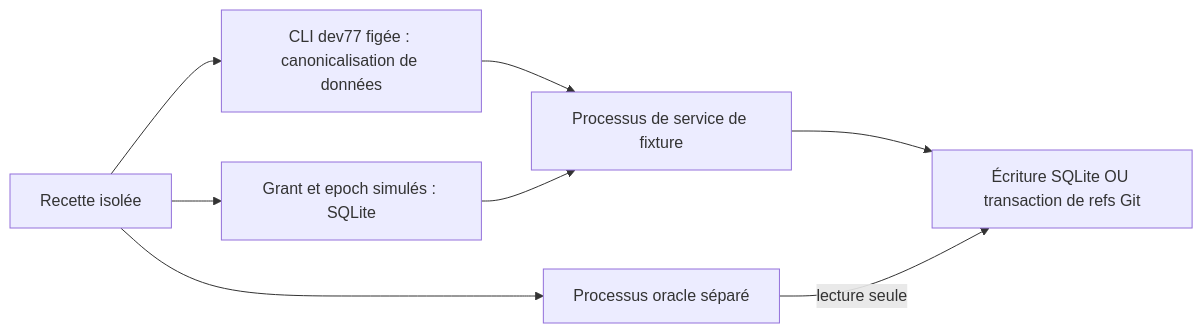
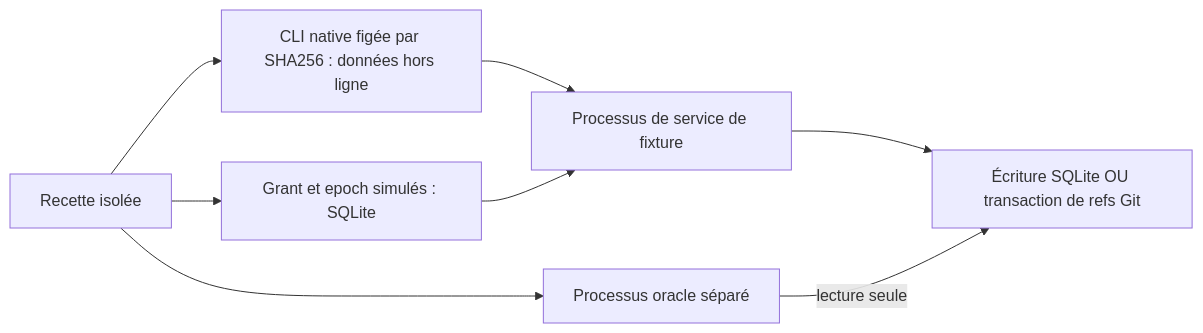
One commit to mo0ogly/swarm changed the diagram in docs/plans/actions-confiance/paea/PILOTE-OPERATIONNEL.md. Above: the diagram before and after it, drawn with Mermaid. The commit also changed other lines of this file and 46 other files, not shown here.

````diff
--- a/docs/plans/actions-confiance/paea/PILOTE-OPERATIONNEL.md
+++ b/docs/plans/actions-confiance/paea/PILOTE-OPERATIONNEL.md
@@ -51,10 +51,10 @@
 ```mermaid
 flowchart LR
-  T[Recette isolée] --> C[CLI dev77 figée : canonicalisation de données]
+  T[Recette isolée] --> C[CLI native figée par SHA256 : données hors ligne]
   T --> A[Grant et epoch simulés : SQLite]
   C --> S[Processus de service de fixture]
   A --> S
   S --> P[Écriture SQLite OU transaction de refs Git]
   O[Processus oracle séparé] -->|lecture seule| P
   T --> O
 ```
````
